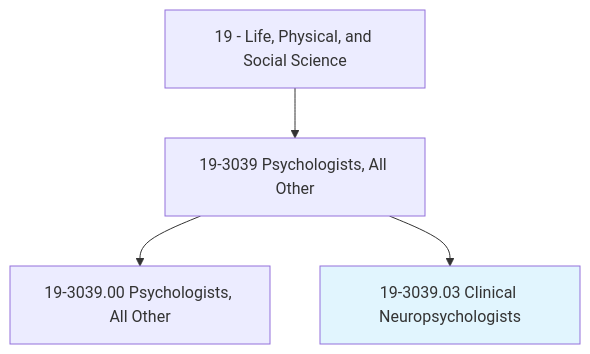
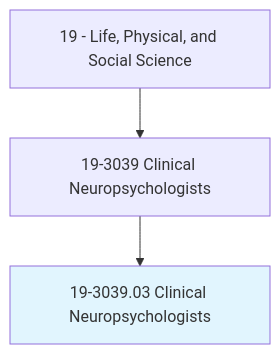
Before and after one commit to kziemski/business.org.ai: the first of 4 diagrams in occupations/Science/ClinicalNeuropsychologists.mdx, drawn with Mermaid. The commit also changed other lines of this file and 938 other files, not shown here.

````diff
--- a/occupations/Science/ClinicalNeuropsychologists.mdx
+++ b/occupations/Science/ClinicalNeuropsychologists.mdx
@@ -19,7 +23,6 @@
 ```mermaid
 graph TD
-    Cat19["19 - Life, Physical, and Social Science"] --> Group193039["19-3039 Psychologists, All Other"]
-    Group193039 --> Base["19-3039.00 Psychologists, All Other"]
+    Cat19["19 - Life, Physical, and Social Science"] --> Group193039["19-3039 Clinical Neuropsychologists"]
     Group193039 --> Current["19-3039.03 Clinical Neuropsychologists"]
     style Current fill:#e1f5fe
 ```
````
